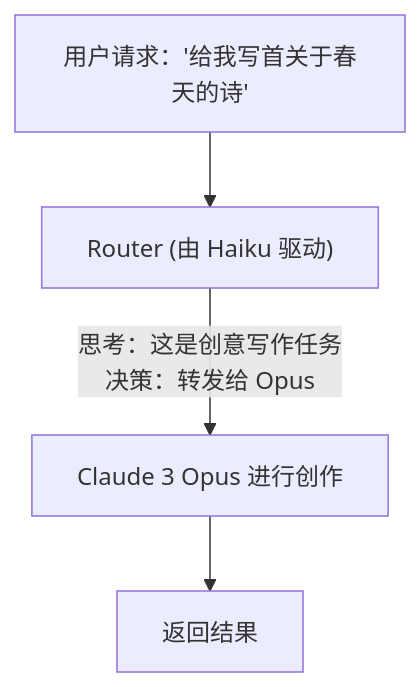
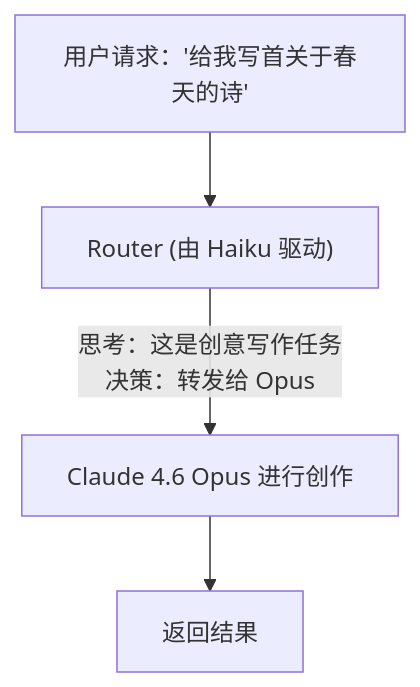
Before and after one commit to yeasy/claude_guide: the second of 2 diagrams in 01_intro/1.4_model_selection.md, drawn with Mermaid. The commit also changed other lines of this file and 15 other files, not shown here.

````diff
--- a/01_intro/1.4_model_selection.md
+++ b/01_intro/1.4_model_selection.md
@@ -85,6 +85,6 @@
 ```mermaid
 graph TD
     User["用户请求：'给我写首关于春天的诗'"] --> Router["Router (由 Haiku 驱动)"]
-    Router -- "思考：这是创意写作任务<br>决策：转发给 Opus" --> Worker["Claude 3 Opus 进行创作"]
+    Router -- "思考：这是创意写作任务<br>决策：转发给 Opus" --> Worker["Claude 4.6 Opus 进行创作"]
     Worker --> Result["返回结果"]
 ```
````
